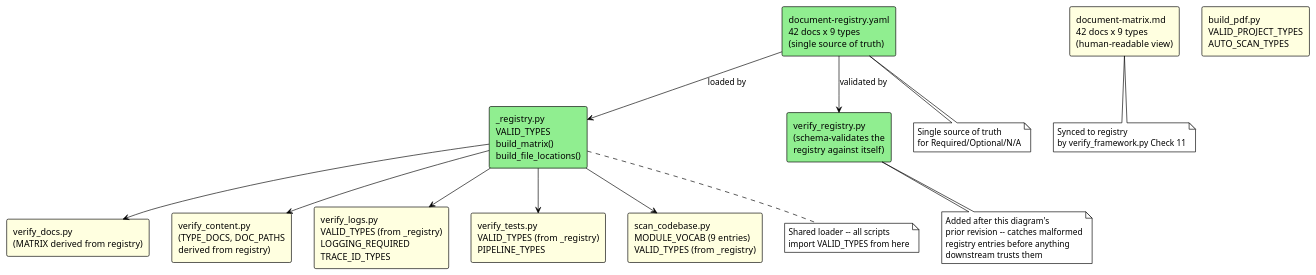
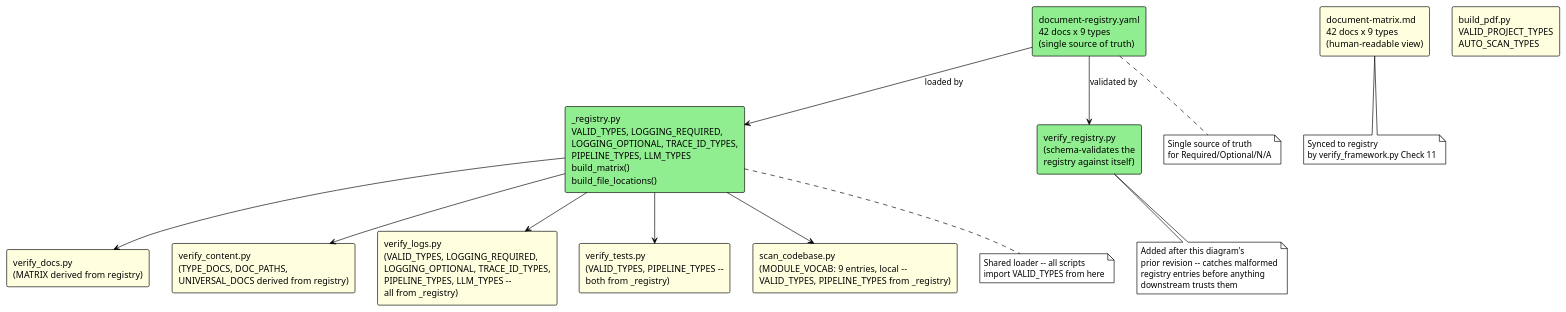
One commit to uchetsai-creator/project_starter_v5 changed the second of 2 diagrams in docs/architecture-analysis.md. Above: the diagram before and after it, drawn with PlantUML. The commit also changed other lines of this file and 28 other files, not shown here.

````diff
--- a/docs/architecture-analysis.md
+++ b/docs/architecture-analysis.md
@@ -180,31 +187,31 @@
 ```plantuml
 @startuml coupling-graph
 !theme plain
 
-rectangle "_registry.py\nVALID_TYPES\nbuild_matrix()\nbuild_file_locations()" as reg #LightGreen
+rectangle "_registry.py\nVALID_TYPES, LOGGING_REQUIRED,\nLOGGING_OPTIONAL, TRACE_ID_TYPES,\nPIPELINE_TYPES, LLM_TYPES\nbuild_matrix()\nbuild_file_locations()" as reg #LightGreen
 rectangle "document-registry.yaml\n42 docs x 9 types\n(single source of truth)" as yaml #LightGreen
 rectangle "verify_registry.py\n(schema-validates the\nregistry against itself)" as vreg #LightGreen
 
 rectangle "verify_docs.py\n(MATRIX derived from registry)" as vd #LightYellow
-rectangle "verify_content.py\n(TYPE_DOCS, DOC_PATHS\nderived from registry)" as vc #LightYellow
+rectangle "verify_content.py\n(TYPE_DOCS, DOC_PATHS,\nUNIVERSAL_DOCS derived from registry)" as vc #LightYellow
 rectangle "document-matrix.md\n42 docs x 9 types\n(human-readable view)" as dm #LightYellow
 
-rectangle "verify_logs.py\nVALID_TYPES (from _registry)\nLOGGING_REQUIRED\nTRACE_ID_TYPES" as vl #LightYellow
-rectangle "verify_tests.py\nVALID_TYPES (from _registry)\nPIPELINE_TYPES" as vt #LightYellow
+rectangle "verify_logs.py\n(VALID_TYPES, LOGGING_REQUIRED,\nLOGGING_OPTIONAL, TRACE_ID_TYPES,\nPIPELINE_TYPES, LLM_TYPES --\nall from _registry)" as vl #LightYellow
+rectangle "verify_tests.py\n(VALID_TYPES, PIPELINE_TYPES --\nboth from _registry)" as vt #LightYellow
 rectangle "build_pdf.py\nVALID_PROJECT_TYPES\nAUTO_SCAN_TYPES" as bp #LightYellow
-rectangle "scan_codebase.py\nMODULE_VOCAB (9 entries)\nVALID_TYPES (from _registry)" as sc #LightYellow
+rectangle "scan_codebase.py\n(MODULE_VOCAB: 9 entries, local --\nVALID_TYPES, PIPELINE_TYPES from _registry)" as sc #LightYellow
 
 yaml --> reg : loaded by
 yaml --> vreg : validated by
 reg --> vd
 reg --> vc
 reg --> vl
 reg --> vt
 reg --> sc
 
 note bottom of yaml : Single source of truth\nfor Required/Optional/N/A
 note bottom of reg : Shared loader -- all scripts\nimport VALID_TYPES from here
 note bottom of dm : Synced to registry\nby verify_framework.py Check 11
 note bottom of vreg : Added after this diagram's\nprior revision -- catches malformed\nregistry entries before anything\ndownstream trusts them
 @enduml
 ```
````
